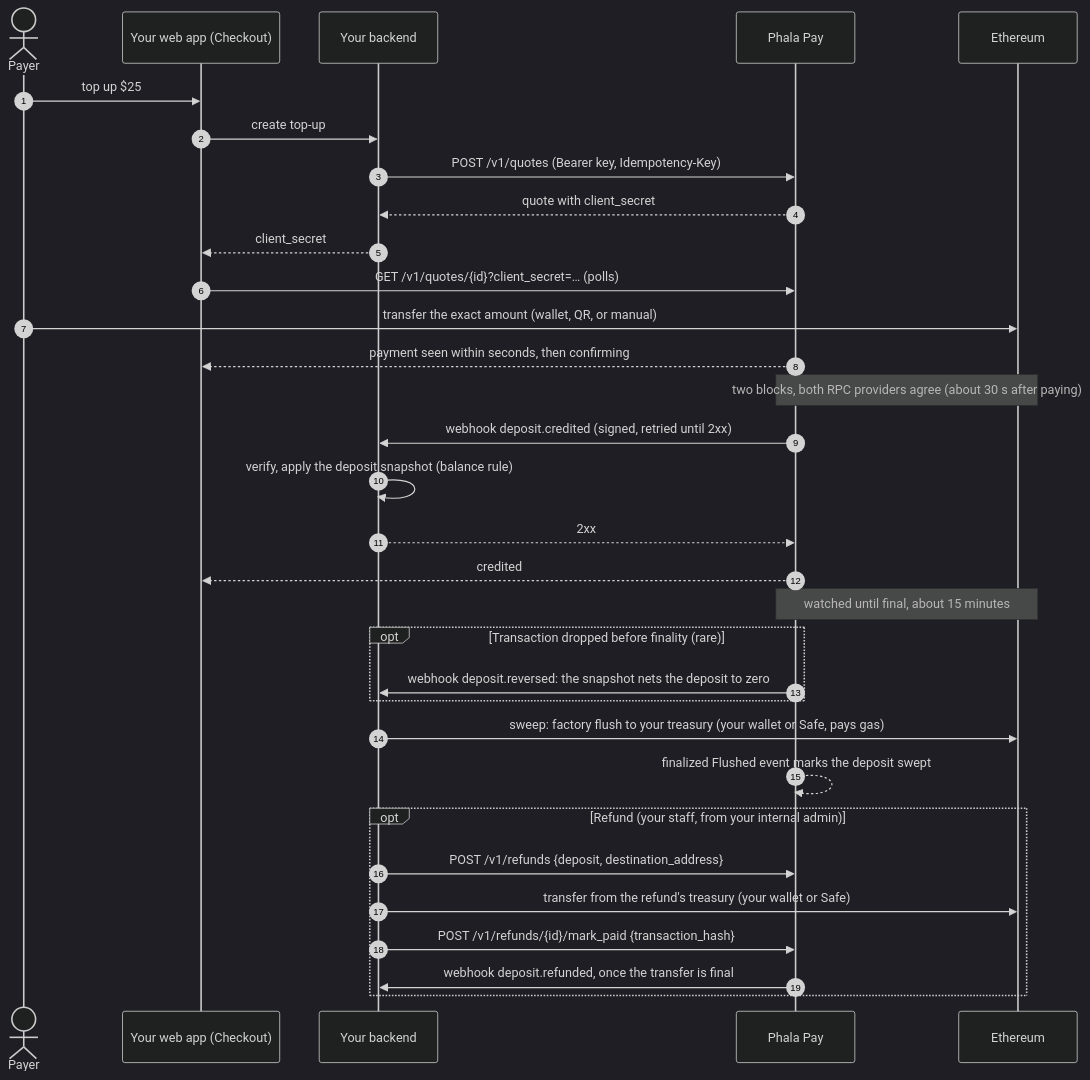
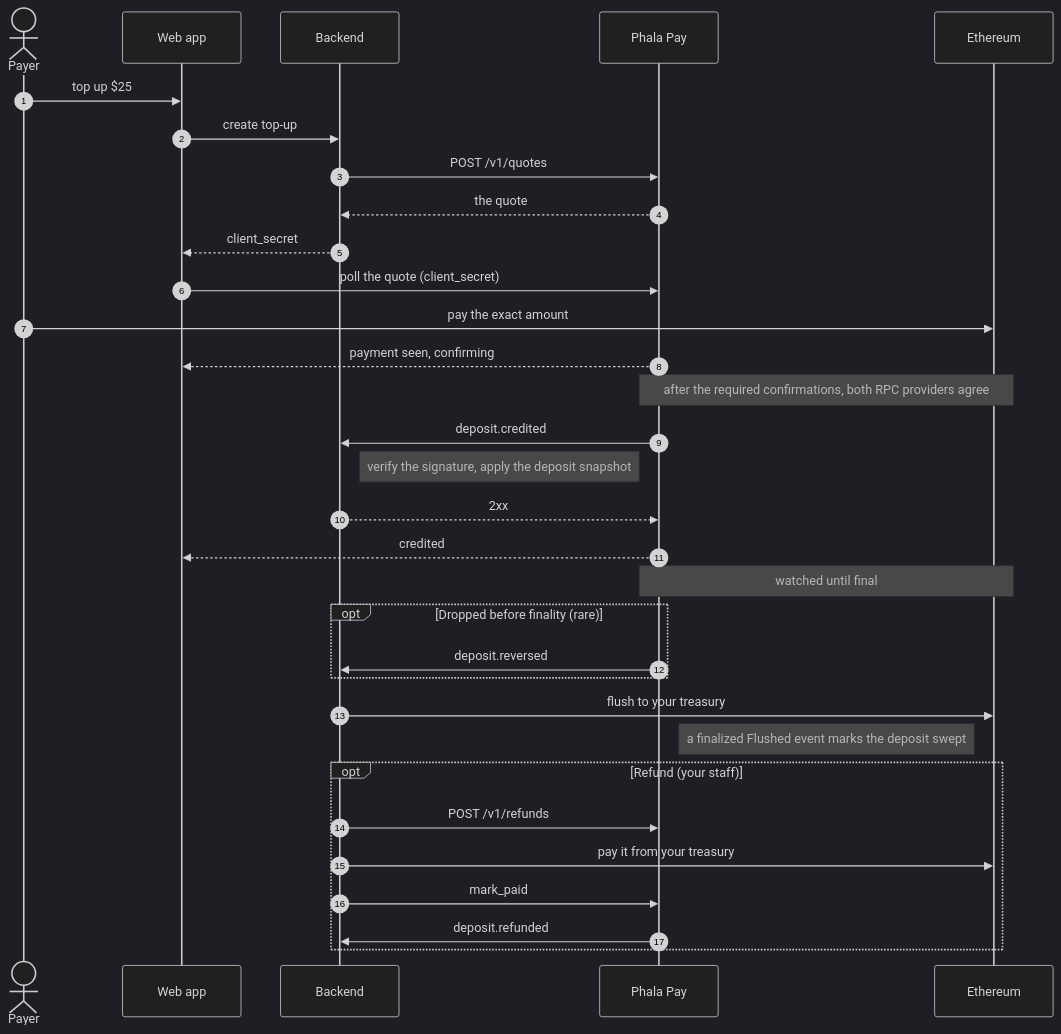
The diagram in docs/integration.md (Phala-Network/phala-pay), drawn with Mermaid (dark theme) before and after one commit. The commit also changed 66 other files, not shown here.

````diff
--- a/docs/integration.md
+++ b/docs/integration.md
@@ -224,34 +224,34 @@
 ```mermaid
 sequenceDiagram
     autonumber
     actor Payer
-    participant UI as Your web app (Checkout)
-    participant BE as Your backend
+    participant UI as Web app
+    participant BE as Backend
     participant PP as Phala Pay
     participant ETH as Ethereum
     Payer->>UI: top up $25
     UI->>BE: create top-up
-    BE->>PP: POST /v1/quotes (Bearer key, Idempotency-Key)
-    PP-->>BE: quote with client_secret
+    BE->>PP: POST /v1/quotes
+    PP-->>BE: the quote
     BE-->>UI: client_secret
-    UI->>PP: GET /v1/quotes/{id}?client_secret=… (polls)
-    Payer->>ETH: transfer the exact amount (wallet, QR, or manual)
-    PP-->>UI: payment seen within seconds, then confirming
-    Note over PP,ETH: two blocks, both RPC providers agree (about 30 s after paying)
-    PP->>BE: webhook deposit.credited (signed, retried until 2xx)
-    BE->>BE: verify, apply the deposit snapshot (balance rule)
+    UI->>PP: poll the quote (client_secret)
+    Payer->>ETH: pay the exact amount
+    PP-->>UI: payment seen, confirming
+    Note over PP,ETH: after the required confirmations, both RPC providers agree
+    PP->>BE: deposit.credited
+    Note right of BE: verify the signature, apply the deposit snapshot
     BE-->>PP: 2xx
     PP-->>UI: credited
-    Note over PP,ETH: watched until final, about 15 minutes
-    opt Transaction dropped before finality (rare)
-        PP->>BE: webhook deposit.reversed: the snapshot nets the deposit to zero
+    Note over PP,ETH: watched until final
+    opt Dropped before finality (rare)
+        PP->>BE: deposit.reversed
     end
-    BE->>ETH: sweep: factory flush to your treasury (your wallet or Safe, pays gas)
-    PP-->>PP: finalized Flushed event marks the deposit swept
-    opt Refund (your staff, from your internal admin)
-        BE->>PP: POST /v1/refunds {deposit, destination_address}
-        BE->>ETH: transfer from the refund's treasury (your wallet or Safe)
-        BE->>PP: POST /v1/refunds/{id}/mark_paid {transaction_hash}
-        PP->>BE: webhook deposit.refunded, once the transfer is final
+    BE->>ETH: flush to your treasury
+    Note right of PP: a finalized Flushed event marks the deposit swept
+    opt Refund (your staff)
+        BE->>PP: POST /v1/refunds
+        BE->>ETH: pay it from your treasury
+        BE->>PP: mark_paid
+        PP->>BE: deposit.refunded
     end
 ```
````
